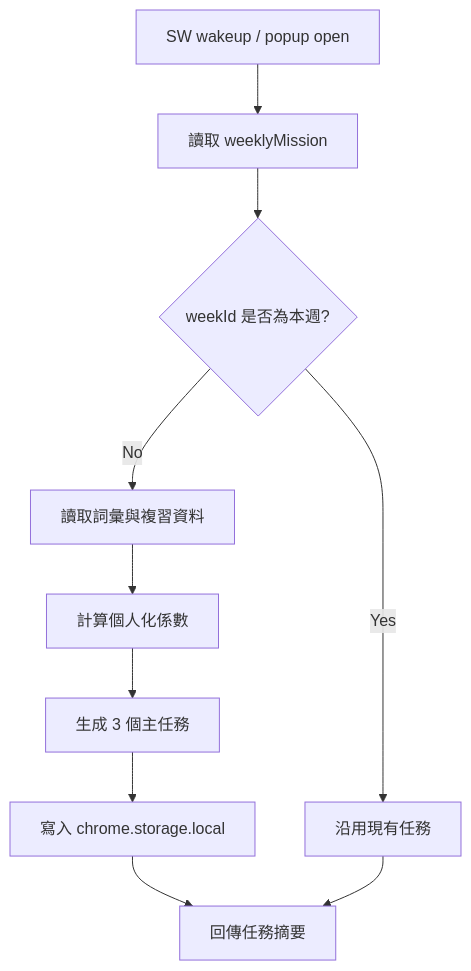
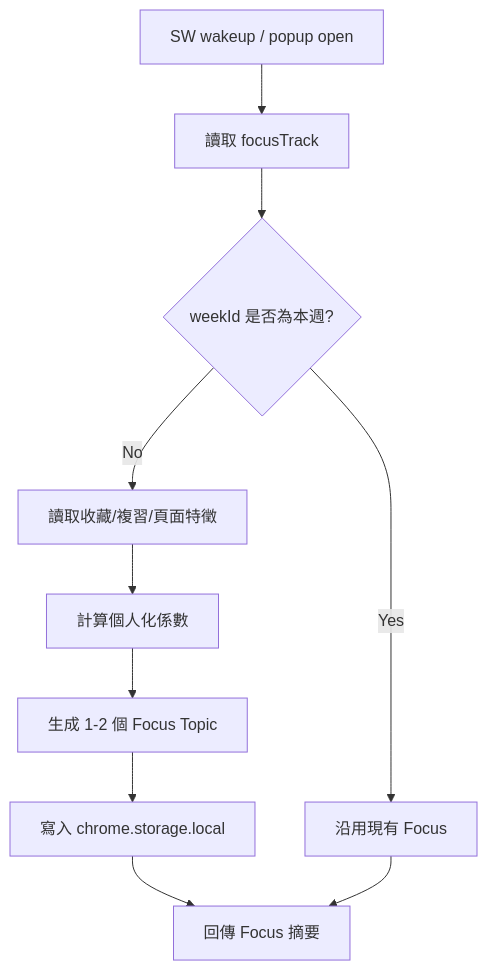
Before and after one commit to kylecheng3146/highlighting-translate: the first of 5 diagrams in .shared/05-flow-diagrams.md, drawn with Mermaid. The commit also changed other lines of this file and 24 other files, not shown here.

Commit message:
feat: add contextual focus track with reports

````diff
--- a/.shared/05-flow-diagrams.md
+++ b/.shared/05-flow-diagrams.md
@@ -12,12 +12,12 @@
 ```mermaid
 flowchart TD
-    A[SW wakeup / popup open] --> B[讀取 weeklyMission]
+    A[SW wakeup / popup open] --> B[讀取 focusTrack]
     B --> C{weekId 是否為本週?}
-    C -- No --> D[讀取詞彙與複習資料]
+    C -- No --> D[讀取收藏/複習/頁面特徵]
     D --> E[計算個人化係數]
-    E --> F[生成 3 個主任務]
+    E --> F[生成 1-2 個 Focus Topic]
     F --> G[寫入 chrome.storage.local]
-    C -- Yes --> H[沿用現有任務]
-    G --> I[回傳任務摘要]
+    C -- Yes --> H[沿用現有 Focus]
+    G --> I[回傳 Focus 摘要]
     H --> I
 ```
````
